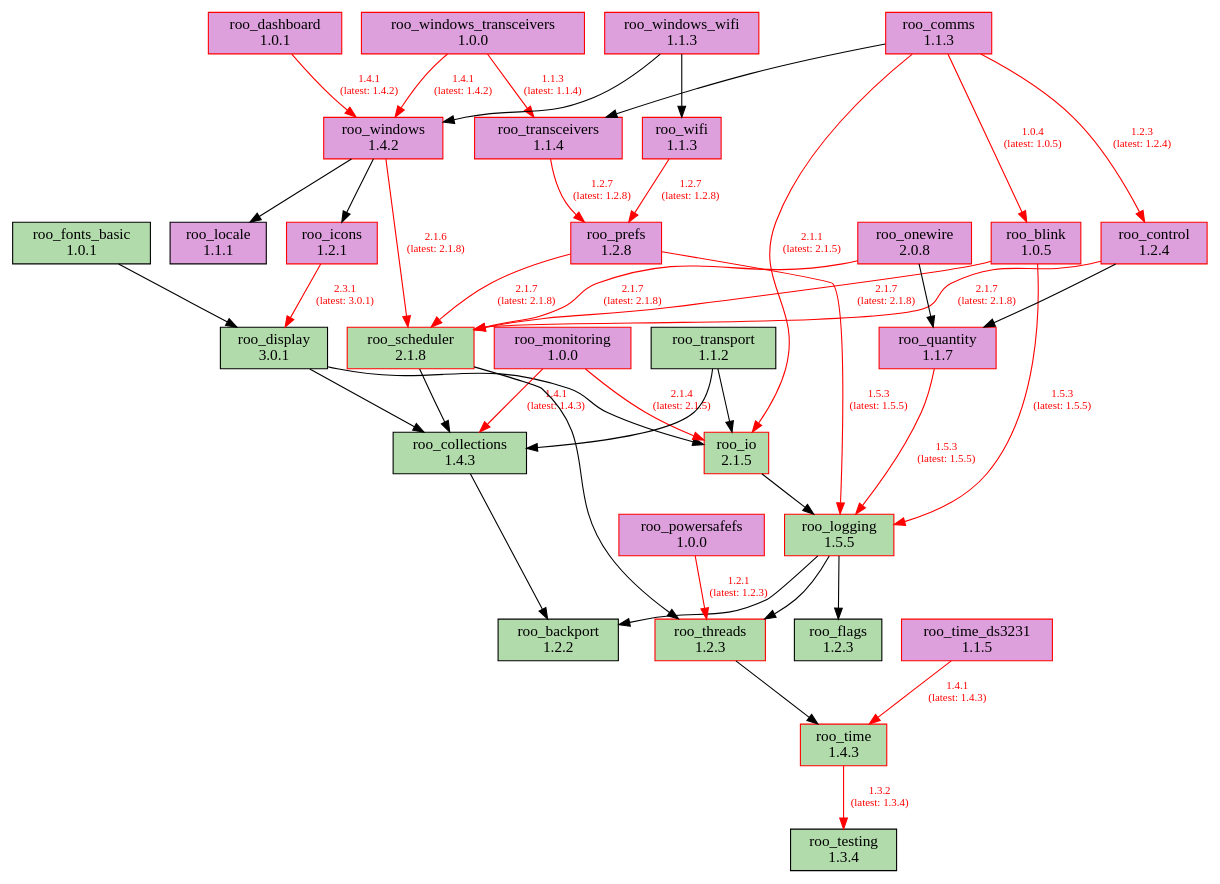
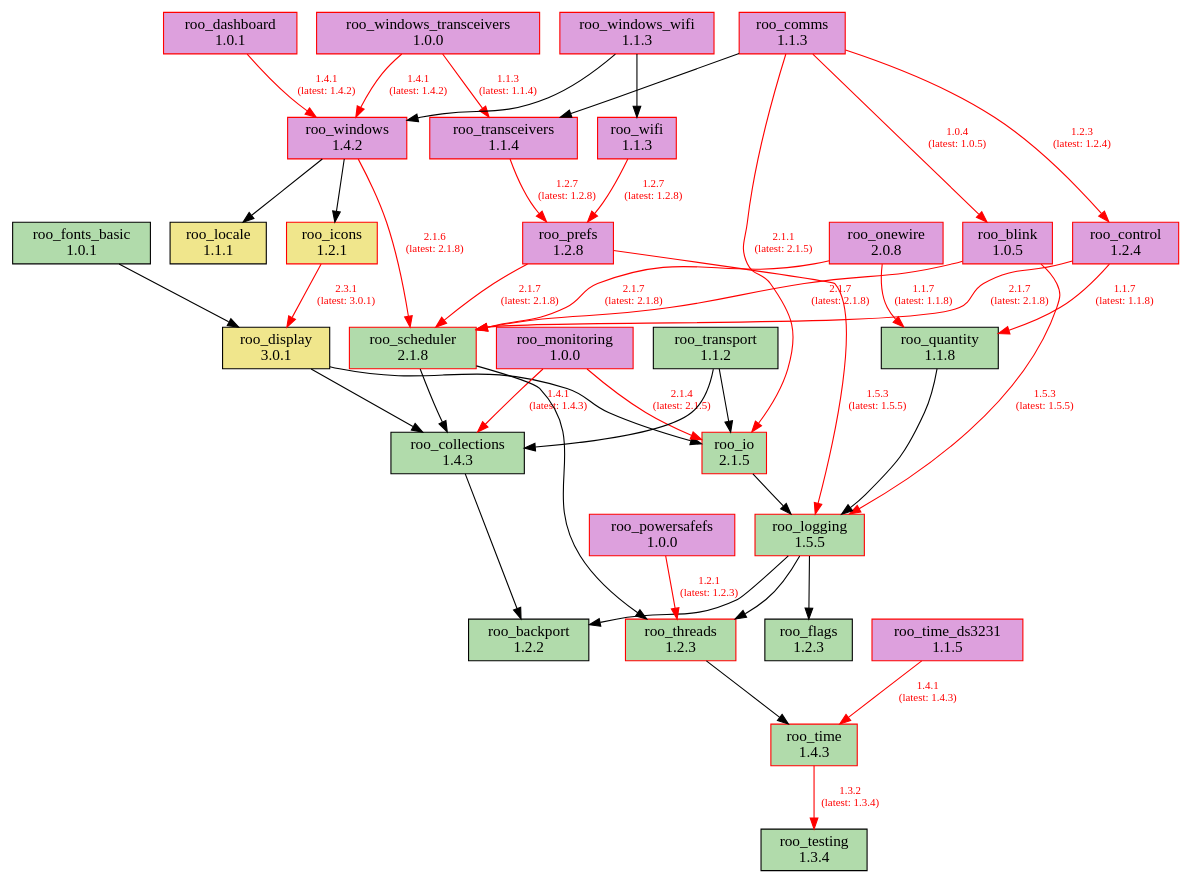
The diagram in doc/dependencies.dot (dejwk/roo-registry), drawn with Graphviz before and after one commit. The commit also changed 3 other files, not shown here.

Commit message:
Added roo_quantity 1.1.8 to the registry.

```diff
--- a/doc/dependencies.dot
+++ b/doc/dependencies.dot
@@ -1,80 +1,80 @@
 digraph dependencies {
     rankdir=TB;
     node [shape=box, style=filled];
     edge [fontsize=10];
 
     // Modules
     "roo_backport" [label="roo_backport\n1.2.2", fillcolor="#b1dbab", color="black"];
     "roo_blink" [label="roo_blink\n1.0.5", fillcolor="plum", color="red"];
     "roo_collections" [label="roo_collections\n1.4.3", fillcolor="#b1dbab", color="black"];
     "roo_comms" [label="roo_comms\n1.1.3", fillcolor="plum", color="red"];
     "roo_control" [label="roo_control\n1.2.4", fillcolor="plum", color="red"];
     "roo_dashboard" [label="roo_dashboard\n1.0.1", fillcolor="plum", color="red"];
-    "roo_display" [label="roo_display\n3.0.1", fillcolor="#b1dbab", color="black"];
+    "roo_display" [label="roo_display\n3.0.1", fillcolor="khaki", color="black"];
     "roo_flags" [label="roo_flags\n1.2.3", fillcolor="#b1dbab", color="black"];
     "roo_fonts_basic" [label="roo_fonts_basic\n1.0.1", fillcolor="#b1dbab", color="black"];
-    "roo_icons" [label="roo_icons\n1.2.1", fillcolor="plum", color="red"];
+    "roo_icons" [label="roo_icons\n1.2.1", fillcolor="khaki", color="red"];
     "roo_io" [label="roo_io\n2.1.5", fillcolor="#b1dbab", color="red"];
-    "roo_locale" [label="roo_locale\n1.1.1", fillcolor="plum", color="black"];
+    "roo_locale" [label="roo_locale\n1.1.1", fillcolor="khaki", color="black"];
     "roo_logging" [label="roo_logging\n1.5.5", fillcolor="#b1dbab", color="red"];
     "roo_monitoring" [label="roo_monitoring\n1.0.0", fillcolor="plum", color="red"];
     "roo_onewire" [label="roo_onewire\n2.0.8", fillcolor="plum", color="red"];
     "roo_powersafefs" [label="roo_powersafefs\n1.0.0", fillcolor="plum", color="red"];
     "roo_prefs" [label="roo_prefs\n1.2.8", fillcolor="plum", color="red"];
-    "roo_quantity" [label="roo_quantity\n1.1.7", fillcolor="plum", color="red"];
+    "roo_quantity" [label="roo_quantity\n1.1.8", fillcolor="#b1dbab", color="black"];
     "roo_scheduler" [label="roo_scheduler\n2.1.8", fillcolor="#b1dbab", color="red"];
     "roo_testing" [label="roo_testing\n1.3.4", fillcolor="#b1dbab", color="black"];
     "roo_threads" [label="roo_threads\n1.2.3", fillcolor="#b1dbab", color="red"];
     "roo_time" [label="roo_time\n1.4.3", fillcolor="#b1dbab", color="red"];
     "roo_time_ds3231" [label="roo_time_ds3231\n1.1.5", fillcolor="plum", color="red"];
     "roo_transceivers" [label="roo_transceivers\n1.1.4", fillcolor="plum", color="red"];
     "roo_transport" [label="roo_transport\n1.1.2", fillcolor="#b1dbab", color="black"];
     "roo_wifi" [label="roo_wifi\n1.1.3", fillcolor="plum", color="red"];
     "roo_windows" [label="roo_windows\n1.4.2", fillcolor="plum", color="red"];
     "roo_windows_transceivers" [label="roo_windows_transceivers\n1.0.0", fillcolor="plum", color="red"];
     "roo_windows_wifi" [label="roo_windows_wifi\n1.1.3", fillcolor="plum", color="red"];
 
     // Dependencies
     "roo_blink" -> "roo_logging" [color=red, fontcolor=red, label="1.5.3\n(latest: 1.5.5)"];
     "roo_blink" -> "roo_scheduler" [color=red, fontcolor=red, label="2.1.7\n(latest: 2.1.8)"];
     "roo_collections" -> "roo_backport";
     "roo_comms" -> "roo_blink" [color=red, fontcolor=red, label="1.0.4\n(latest: 1.0.5)"];
     "roo_comms" -> "roo_control" [color=red, fontcolor=red, label="1.2.3\n(latest: 1.2.4)"];
     "roo_comms" -> "roo_io" [color=red, fontcolor=red, label="2.1.1\n(latest: 2.1.5)"];
     "roo_comms" -> "roo_transceivers";
-    "roo_control" -> "roo_quantity";
+    "roo_control" -> "roo_quantity" [color=red, fontcolor=red, label="1.1.7\n(latest: 1.1.8)"];
     "roo_control" -> "roo_scheduler" [color=red, fontcolor=red, label="2.1.7\n(latest: 2.1.8)"];
     "roo_dashboard" -> "roo_windows" [color=red, fontcolor=red, label="1.4.1\n(latest: 1.4.2)"];
     "roo_display" -> "roo_collections";
     "roo_display" -> "roo_io";
     "roo_fonts_basic" -> "roo_display";
     "roo_icons" -> "roo_display" [color=red, fontcolor=red, label="2.3.1\n(latest: 3.0.1)"];
     "roo_io" -> "roo_logging";
     "roo_logging" -> "roo_backport";
     "roo_logging" -> "roo_flags";
     "roo_logging" -> "roo_threads";
     "roo_monitoring" -> "roo_collections" [color=red, fontcolor=red, label="1.4.1\n(latest: 1.4.3)"];
     "roo_monitoring" -> "roo_io" [color=red, fontcolor=red, label="2.1.4\n(latest: 2.1.5)"];
     "roo_onewire" -> "roo_scheduler" [color=red, fontcolor=red, label="2.1.7\n(latest: 2.1.8)"];
-    "roo_onewire" -> "roo_quantity";
+    "roo_onewire" -> "roo_quantity" [color=red, fontcolor=red, label="1.1.7\n(latest: 1.1.8)"];
     "roo_powersafefs" -> "roo_threads" [color=red, fontcolor=red, label="1.2.1\n(latest: 1.2.3)"];
     "roo_prefs" -> "roo_logging" [color=red, fontcolor=red, label="1.5.3\n(latest: 1.5.5)"];
     "roo_prefs" -> "roo_scheduler" [color=red, fontcolor=red, label="2.1.7\n(latest: 2.1.8)"];
-    "roo_quantity" -> "roo_logging" [color=red, fontcolor=red, label="1.5.3\n(latest: 1.5.5)"];
+    "roo_quantity" -> "roo_logging";
     "roo_scheduler" -> "roo_collections";
     "roo_scheduler" -> "roo_threads";
     "roo_threads" -> "roo_time";
     "roo_time" -> "roo_testing" [color=red, fontcolor=red, label="1.3.2\n(latest: 1.3.4)"];
     "roo_time_ds3231" -> "roo_time" [color=red, fontcolor=red, label="1.4.1\n(latest: 1.4.3)"];
     "roo_transceivers" -> "roo_prefs" [color=red, fontcolor=red, label="1.2.7\n(latest: 1.2.8)"];
     "roo_transport" -> "roo_collections";
     "roo_transport" -> "roo_io";
     "roo_wifi" -> "roo_prefs" [color=red, fontcolor=red, label="1.2.7\n(latest: 1.2.8)"];
     "roo_windows" -> "roo_locale";
     "roo_windows" -> "roo_icons";
     "roo_windows" -> "roo_scheduler" [color=red, fontcolor=red, label="2.1.6\n(latest: 2.1.8)"];
     "roo_windows_transceivers" -> "roo_transceivers" [color=red, fontcolor=red, label="1.1.3\n(latest: 1.1.4)"];
     "roo_windows_transceivers" -> "roo_windows" [color=red, fontcolor=red, label="1.4.1\n(latest: 1.4.2)"];
     "roo_windows_wifi" -> "roo_wifi";
     "roo_windows_wifi" -> "roo_windows";
 }
```
